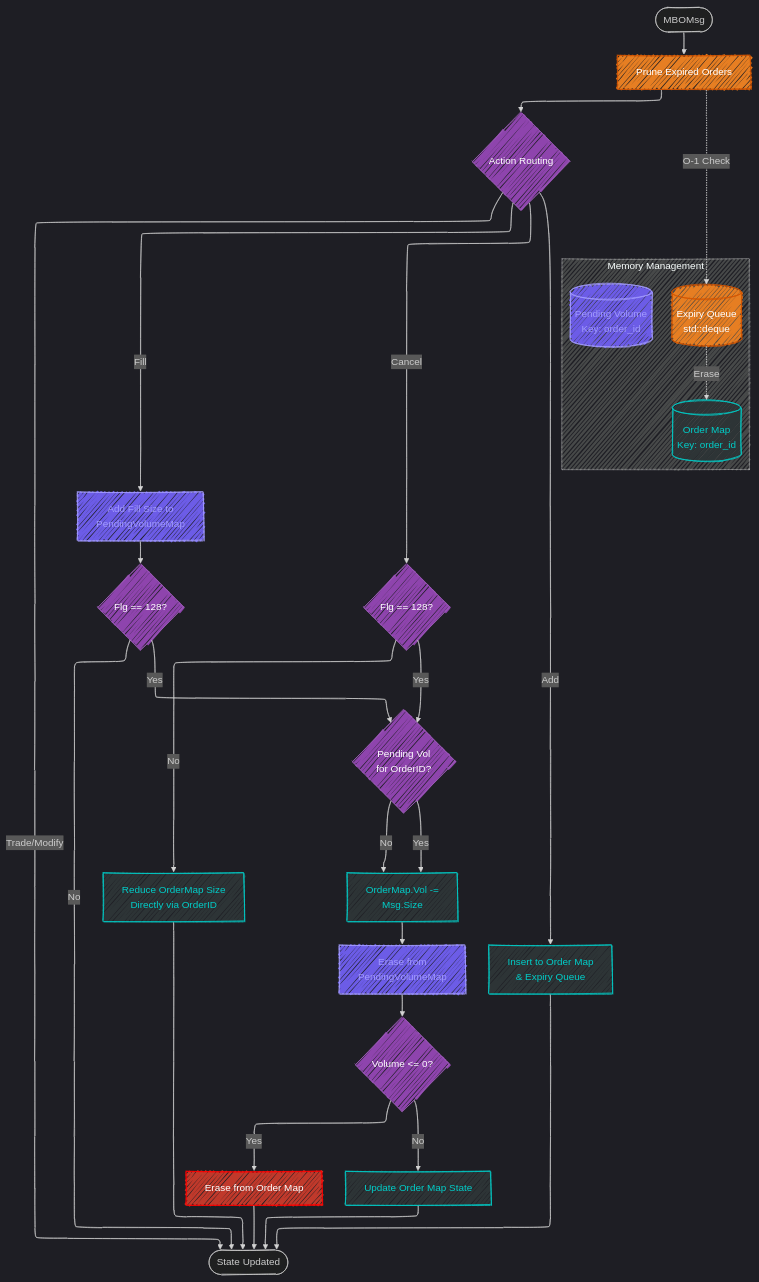
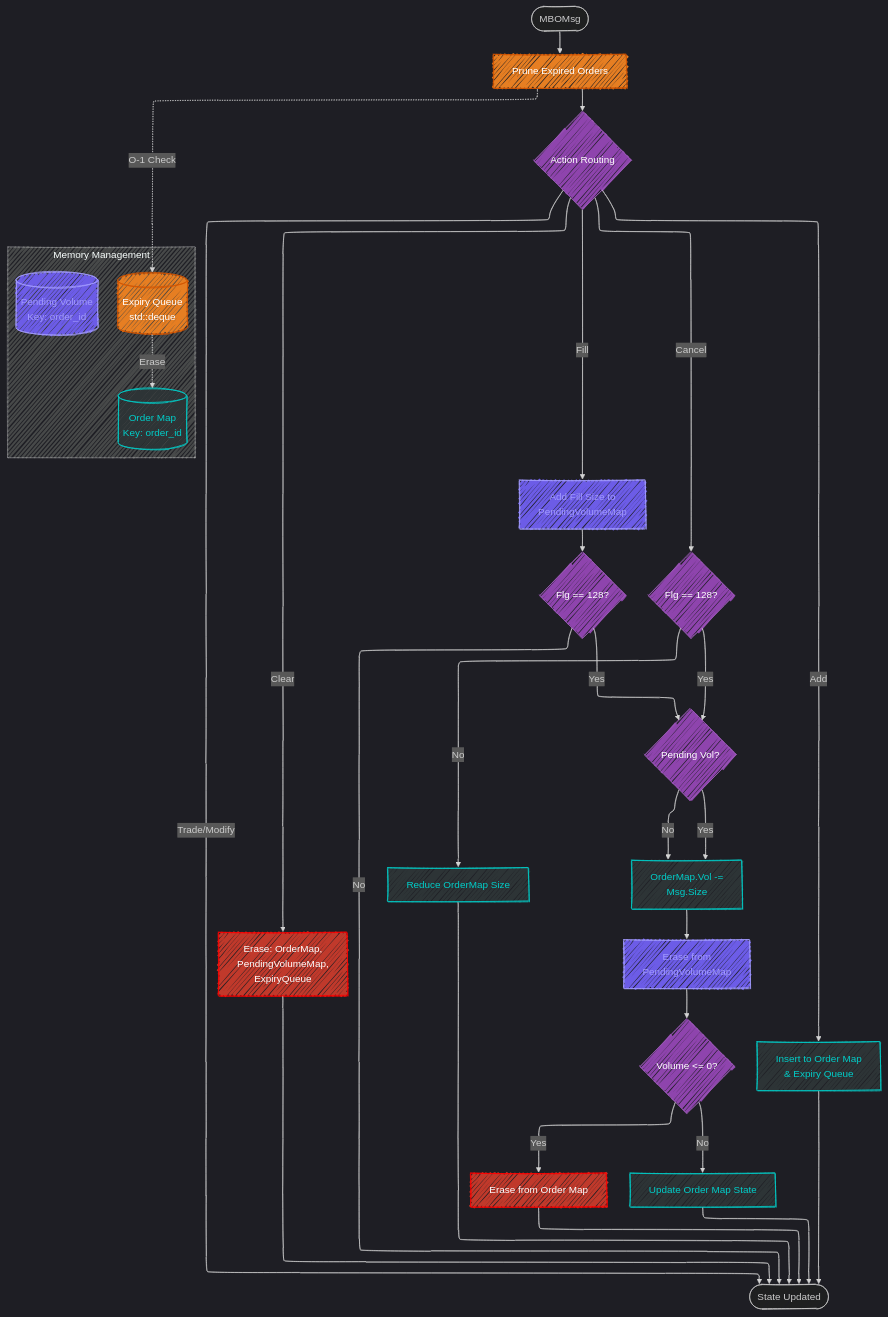
One commit to Alexerby/thesis-code changed the second of 2 diagrams in docs/Order Lifespan/Tracking.md. Above: the diagram before and after it, drawn with Mermaid.

Commit message:
docs: Action::Clear routing was previously missing from mermaid flowchart.

````diff
--- a/docs/Order Lifespan/Tracking.md
+++ b/docs/Order Lifespan/Tracking.md
@@ -73,71 +73,74 @@
 ```mermaid
 ---
 config:
   layout: elk
   look: handDrawn
   theme: dark
 ---
 flowchart TB
     A([MBOMsg]) --> Prune[Prune Expired Orders]
     Prune --> Action{Action Routing}
 
     %% EXPIRE LOGIC
     Prune -.->|O-1 Check| ExpiryQueue
     ExpiryQueue -.->|Erase| OrderMap
 
     %% FILL BRANCH
     Action -->|Fill| Accumulate[Add Fill Size to<br/>PendingVolumeMap]
     Accumulate --> IsFillLast{Flg == 128?}
     IsFillLast -->|Yes| CheckStaged
     IsFillLast -->|No| End([State Updated])
 
     %% CANCEL BRANCH
     Action -->|Cancel| IsCancelLast{Flg == 128?}
+    IsCancelLast -->|No| PureCancel[Reduce OrderMap Size]
+    IsCancelLast -->|Yes| CheckStaged{Pending Vol?}
     
-    IsCancelLast -->|No| PureCancel[Reduce OrderMap Size<br/>Directly via OrderID]
-    IsCancelLast -->|Yes| CheckStaged{Pending Vol<br/>for OrderID?}
-    
+    %% CLEAR BRANCH
+    Action -->|Clear| Reset[Erase: OrderMap,<br/>PendingVolumeMap,<br/>ExpiryQueue]
+    Reset --> End
+
     %% RECONCILIATION
     CheckStaged -->|Yes| Reconcile[OrderMap.Vol -=<br/>Staged + Msg.Size]
     CheckStaged -->|No| Reconcile[OrderMap.Vol -=<br/>Msg.Size]
     
     Reconcile --> ClearStaged[Erase from<br/>PendingVolumeMap]
     ClearStaged --> VolCheck
 
     %% POST-RECONCILE & ADD
     Action -->|Add| NewOrder[Insert to Order Map<br/>& Expiry Queue]
     NewOrder --> End
     
     VolCheck{Volume <= 0?}
     VolCheck -->|Yes| EraseOrder[Erase from Order Map]
     VolCheck -->|No| UpdateState[Update Order Map State]
     
     EraseOrder --> End
     UpdateState --> End
     PureCancel --> End
 
     %% OTHER BRANCHES
     Action -->|Trade/Modify| End
 
     subgraph Storage [Memory Management]
         OrderMap[(Order Map<br/>Key: order_id)]
         PendingVolumeMap[(Pending Volume<br/>Key: order_id)]
         ExpiryQueue[(Expiry Queue<br/>std::deque)]
     end
 
     %% --- CLASS DEFINITIONS ---
     classDef decision fill:#8e44ad,stroke:#9b59b6,color:#fff
     classDef storage fill:#2d3436,stroke:#00cec9,color:#00cec9
     classDef staging fill:#6c5ce7,stroke:#a29bfe,color:#a29bfe
     classDef expiry fill:#e67e22,stroke:#d35400,color:#fff
     classDef destructive fill:#c0392b,stroke:#ff0000,color:#fff
 
     %% --- APPLYING CLASSES ---
     class Action,IsFillLast,IsCancelLast,CheckStaged,VolCheck decision
     
     %% Storage & Linked Logic
     class OrderMap,NewOrder,EraseOrder,UpdateState,Reconcile,PureCancel storage
     class PendingVolumeMap,Accumulate,ClearStaged staging
     class ExpiryQueue,Prune expiry
-    class EraseOrder destructive
+    class EraseOrder,Reset destructive
 ```
````
